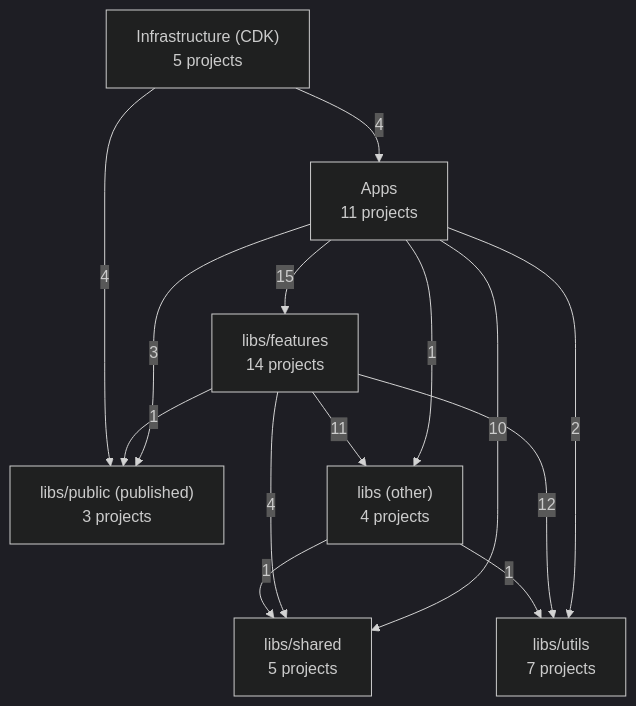
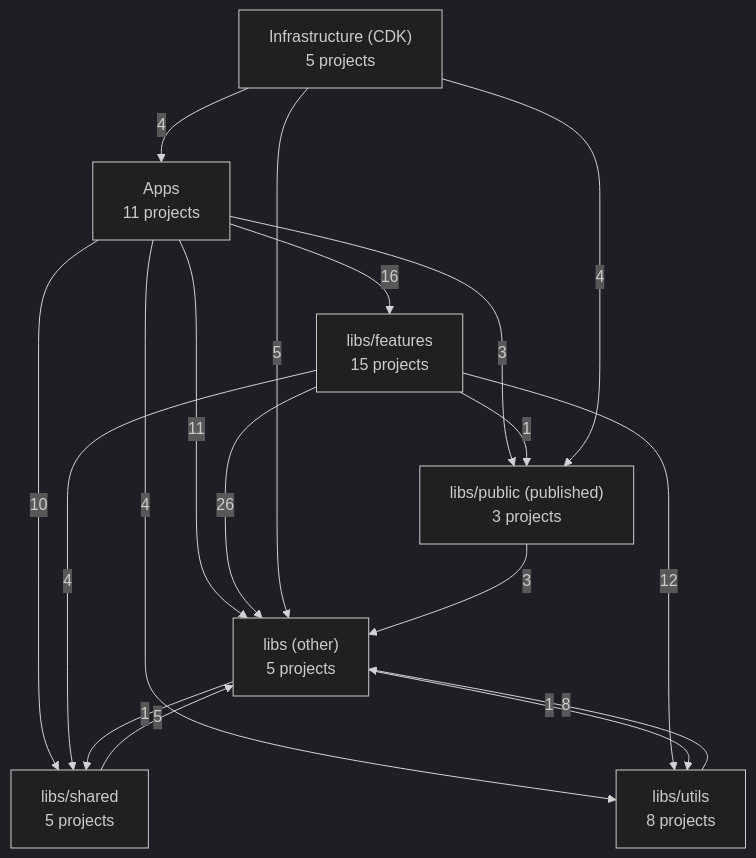
One commit to WolfSoko/wol-sok-mono changed the first of 4 diagrams in docs/architecture/README.md. Above: the diagram before and after it, drawn with Mermaid (dark theme). The commit also changed other lines of this file and 525 other files, not shown here.

````diff
--- a/docs/architecture/README.md
+++ b/docs/architecture/README.md
@@ -26,23 +26,27 @@
 ```mermaid
 flowchart TD
   infra["Infrastructure (CDK)<br/>5 projects"]
   apps["Apps<br/>11 projects"]
   public["libs/public (published)<br/>3 projects"]
-  features["libs/features<br/>14 projects"]
+  features["libs/features<br/>15 projects"]
   shared["libs/shared<br/>5 projects"]
-  utils["libs/utils<br/>7 projects"]
-  other["libs (other)<br/>4 projects"]
-  apps -- 15 --> features
-  apps -- 1 --> other
+  utils["libs/utils<br/>8 projects"]
+  other["libs (other)<br/>5 projects"]
+  apps -- 16 --> features
+  apps -- 11 --> other
   apps -- 3 --> public
   apps -- 10 --> shared
-  apps -- 2 --> utils
-  features -- 11 --> other
+  apps -- 4 --> utils
+  features -- 26 --> other
   features -- 1 --> public
   features -- 4 --> shared
   features -- 12 --> utils
   infra -- 4 --> apps
+  infra -- 5 --> other
   infra -- 4 --> public
   other -- 1 --> shared
   other -- 1 --> utils
+  public -- 3 --> other
+  shared -- 5 --> other
+  utils -- 8 --> other
 ```
````
